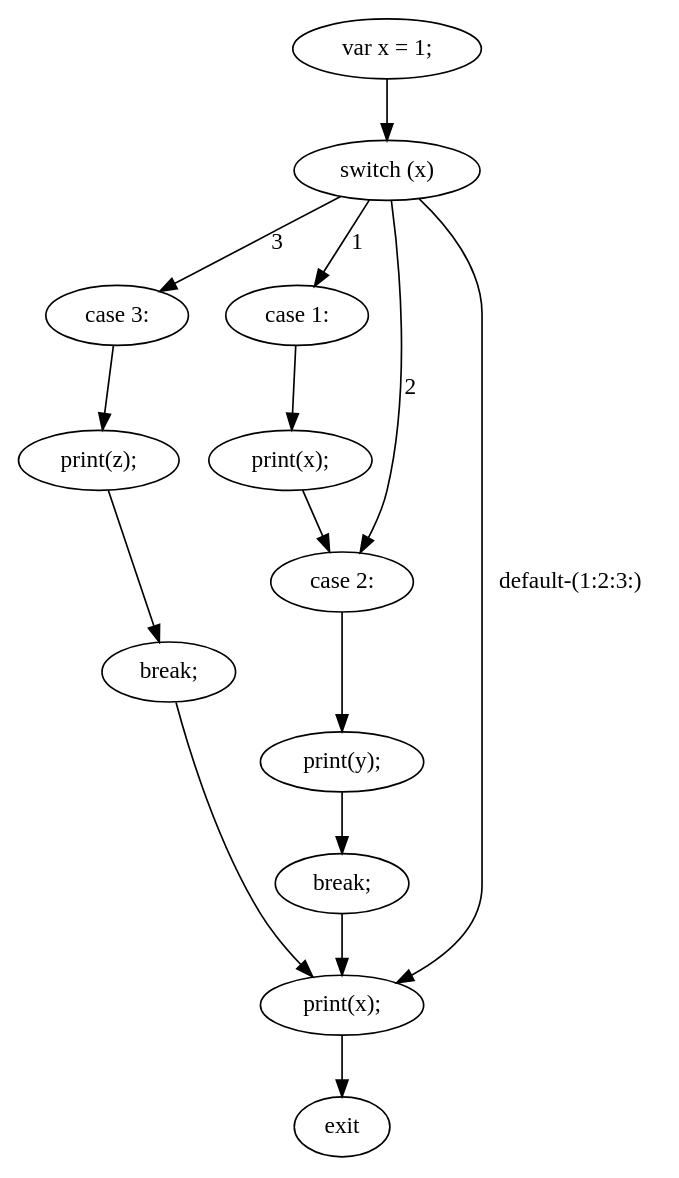
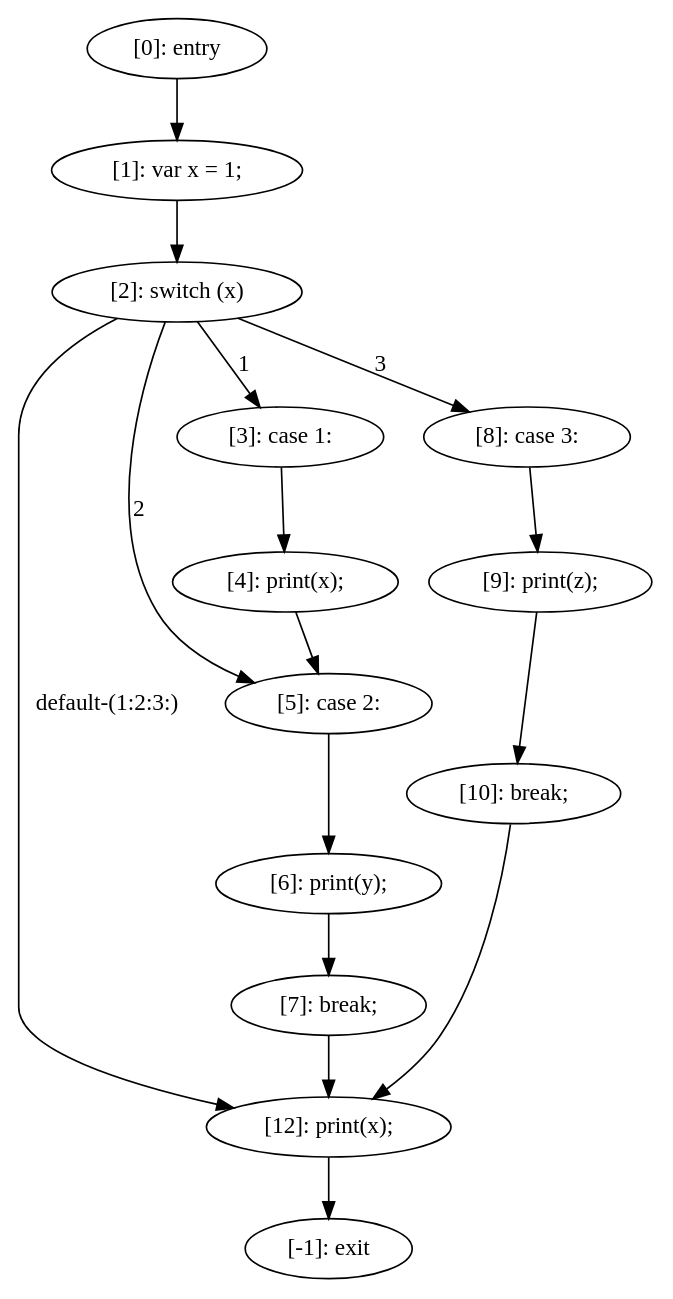
Before and after one commit to Shoreray/JsRetest: the diagram in JsRetest/jsTests/dotFiles/testSwitch.js.0.dot, drawn with Graphviz. The commit also changed 236 other files, not shown here.

```diff
--- a/JsRetest/jsTests/dotFiles/testSwitch.js.0.dot
+++ b/JsRetest/jsTests/dotFiles/testSwitch.js.0.dot
@@ -1,28 +1,30 @@
 digraph {
-"0" [label="print(z);\n"] 
-"1" [label="print(x);\n"] 
-"2" [label="case 3:\n"] 
-"3" [label="case 1:\n"] 
-"4" [label="case 2:\n"] 
-"5" [label="break;\n"] 
-"6" [label="switch (x)"] 
-"7" [label="var x = 1;\n"] 
-"8" [label="print(y);\n"] 
-"9" [label="break;\n"] 
-"10" [label="print(x);\n"] 
-"11" [label="exit"] 
-"0" -> "5" [label=""] 
-"1" -> "4" [label=""] 
-"2" -> "0" [label=""] 
-"3" -> "1" [label=""] 
-"4" -> "8" [label=""] 
-"5" -> "10" [label=""] 
-"6" -> "3" [label="1"] 
-"6" -> "4" [label="2"] 
-"6" -> "2" [label="3"] 
-"6" -> "10" [label="default-(1:2:3:)"] 
+"0" [label="[12]: print(x);\n"] 
+"1" [label="[0]: entry"] 
+"2" [label="[9]: print(z);\n"] 
+"3" [label="[2]: switch (x)"] 
+"4" [label="[5]: case 2:\n"] 
+"5" [label="[10]: break;\n"] 
+"6" [label="[7]: break;\n"] 
+"7" [label="[6]: print(y);\n"] 
+"8" [label="[4]: print(x);\n"] 
+"9" [label="[-1]: exit"] 
+"10" [label="[3]: case 1:\n"] 
+"11" [label="[1]: var x = 1;\n"] 
+"12" [label="[8]: case 3:\n"] 
+"0" -> "9" [label=""] 
+"1" -> "11" [label=""] 
+"2" -> "5" [label=""] 
+"3" -> "10" [label="1"] 
+"3" -> "4" [label="2"] 
+"3" -> "12" [label="3"] 
+"3" -> "0" [label="default-(1:2:3:)"] 
+"4" -> "7" [label=""] 
+"5" -> "0" [label=""] 
+"6" -> "0" [label=""] 
 "7" -> "6" [label=""] 
-"8" -> "9" [label=""] 
-"9" -> "10" [label=""] 
-"10" -> "11" [label=""] 
+"8" -> "4" [label=""] 
+"10" -> "8" [label=""] 
+"11" -> "3" [label=""] 
+"12" -> "2" [label=""] 
 }
```
